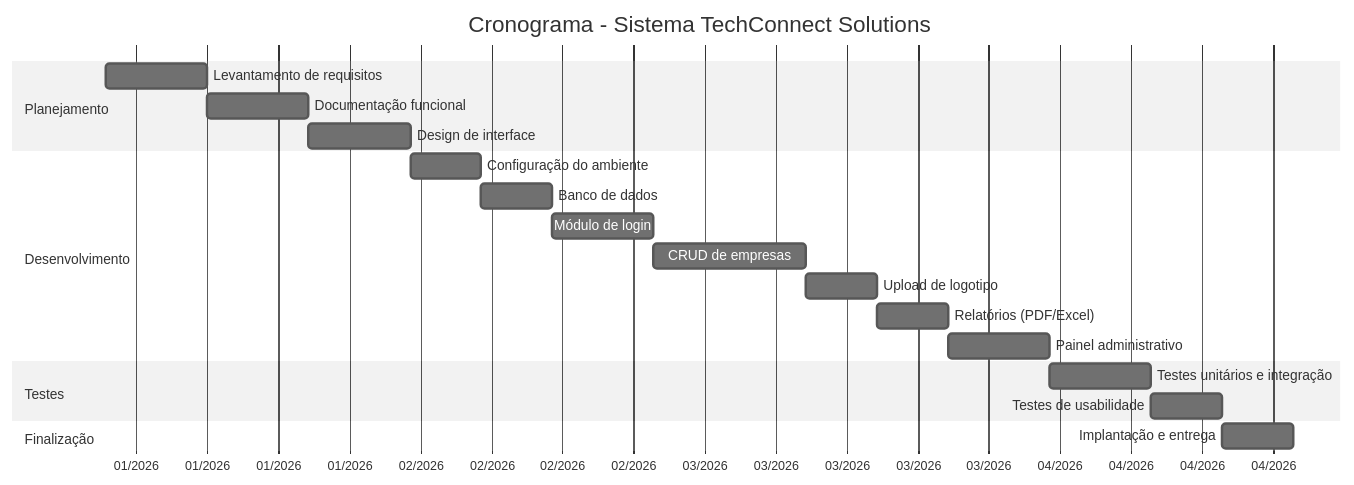
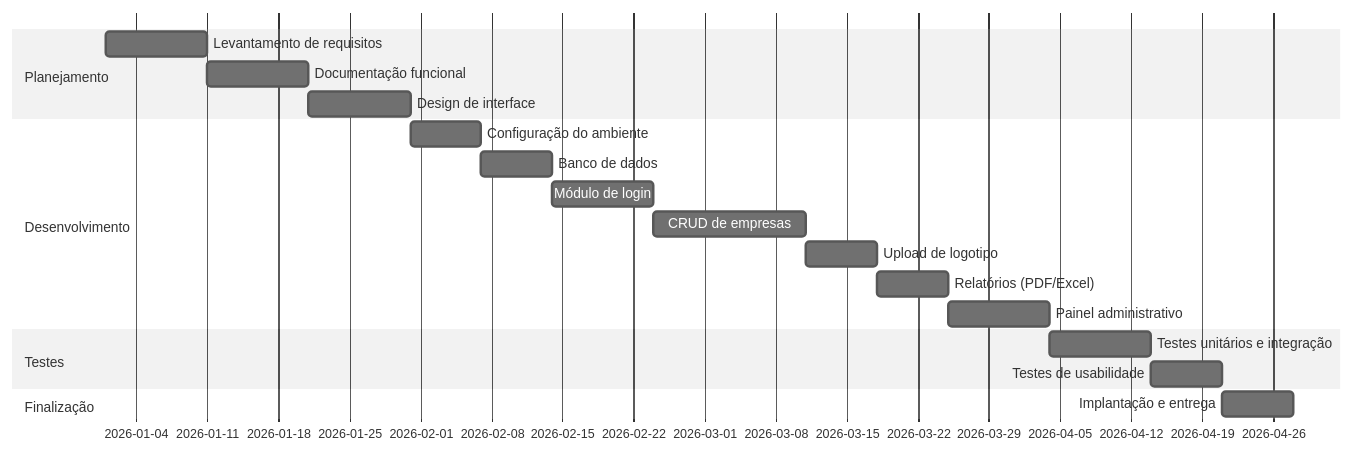
One commit to isaachideki/ATV_GAPS_GANT changed the first of 2 diagrams in README.md. Above: the diagram before and after it, drawn with Mermaid (neutral theme). The commit also changed other lines of this file, not shown here.

Commit message:
Update README with Gantt chart and Crystal matrix

````diff
--- a/README.md
+++ b/README.md
@@ -11,27 +3,25 @@
 ```mermaid id="gantt_tc01"
 gantt
-    title Cronograma - Sistema TechConnect Solutions
-    dateFormat  YYYY-MM-DD
-    axisFormat  %m/%Y
+ 
 
     section Planejamento
     Levantamento de requisitos        :a1, 2026-01-01, 10d
     Documentação funcional            :a2, after a1, 10d
     Design de interface               :a3, after a2, 10d
 
     section Desenvolvimento
     Configuração do ambiente          :b1, after a3, 7d
     Banco de dados                    :b2, after b1, 7d
     Módulo de login                   :b3, after b2, 10d
     CRUD de empresas                  :b4, after b3, 15d
     Upload de logotipo                :b5, after b4, 7d
     Relatórios (PDF/Excel)            :b6, after b5, 7d
     Painel administrativo             :b7, after b6, 10d
 
     section Testes
     Testes unitários e integração     :c1, after b7, 10d
     Testes de usabilidade             :c2, after c1, 7d
 
     section Finalização
     Implantação e entrega             :d1, after c2, 7d
 ```
````
